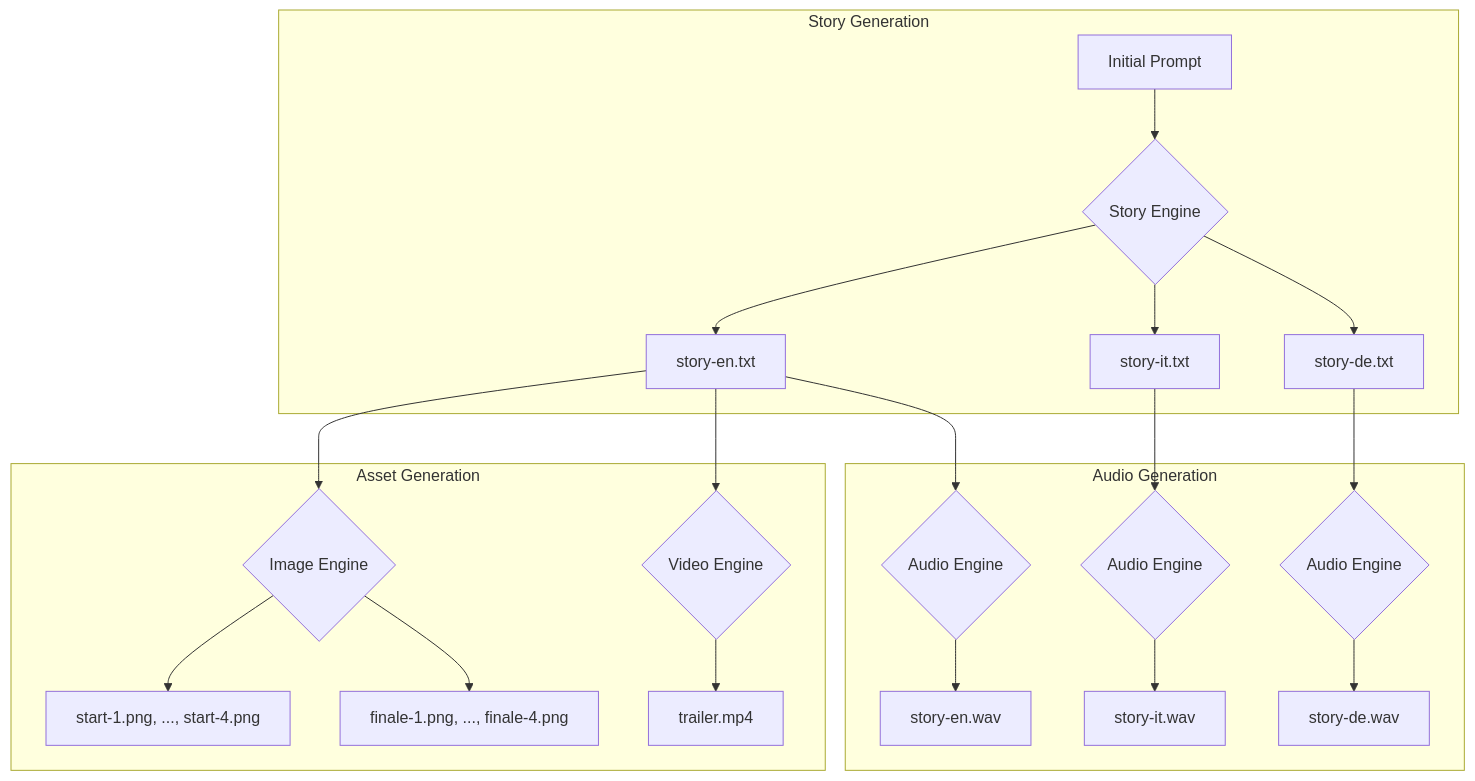
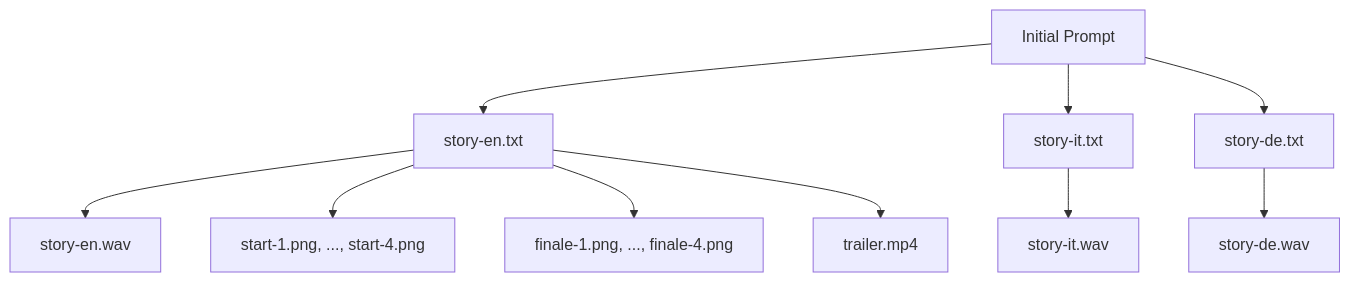
Before and after one commit to palladius/gemini-cli-demos: the diagram in demos/mcp-video-creation/out/ale-modena/README.md, drawn with Mermaid. The commit also changed 14 other files, not shown here.

````diff
--- a/demos/mcp-video-creation/out/ale-modena/README.md
+++ b/demos/mcp-video-creation/out/ale-modena/README.md
@@ -9,26 +41,14 @@
 ```mermaid
 graph TD
-    subgraph Story Generation
-        A[Initial Prompt] --> B{Story Engine};
-        B --> C[story-en.txt];
-        B --> D[story-it.txt];
-        B --> E[story-de.txt];
-    end
+    A[Initial Prompt] --> B[story-en.txt];
+    A --> C[story-it.txt];
+    A --> D[story-de.txt];
 
-    subgraph Audio Generation
-        C --> F{Audio Engine};
-        F --> G[story-en.wav];
-        D --> H{Audio Engine};
-        H --> I[story-it.wav];
-        E --> J{Audio Engine};
-        J --> K[story-de.wav];
-    end
+    B --> E[story-en.wav];
+    C --> F[story-it.wav];
+    D --> G[story-de.wav];
 
-    subgraph Asset Generation
-        C --> L{Image Engine};
-        L --> M[start-1.png, ..., start-4.png];
-        L --> N[finale-1.png, ..., finale-4.png];
-        C --> O{Video Engine};
-        O --> P[trailer.mp4];
-    end
+    B --> H[start-1.png, ..., start-4.png];
+    B --> I[finale-1.png, ..., finale-4.png];
+    B --> J[trailer.mp4];
 ```
````
